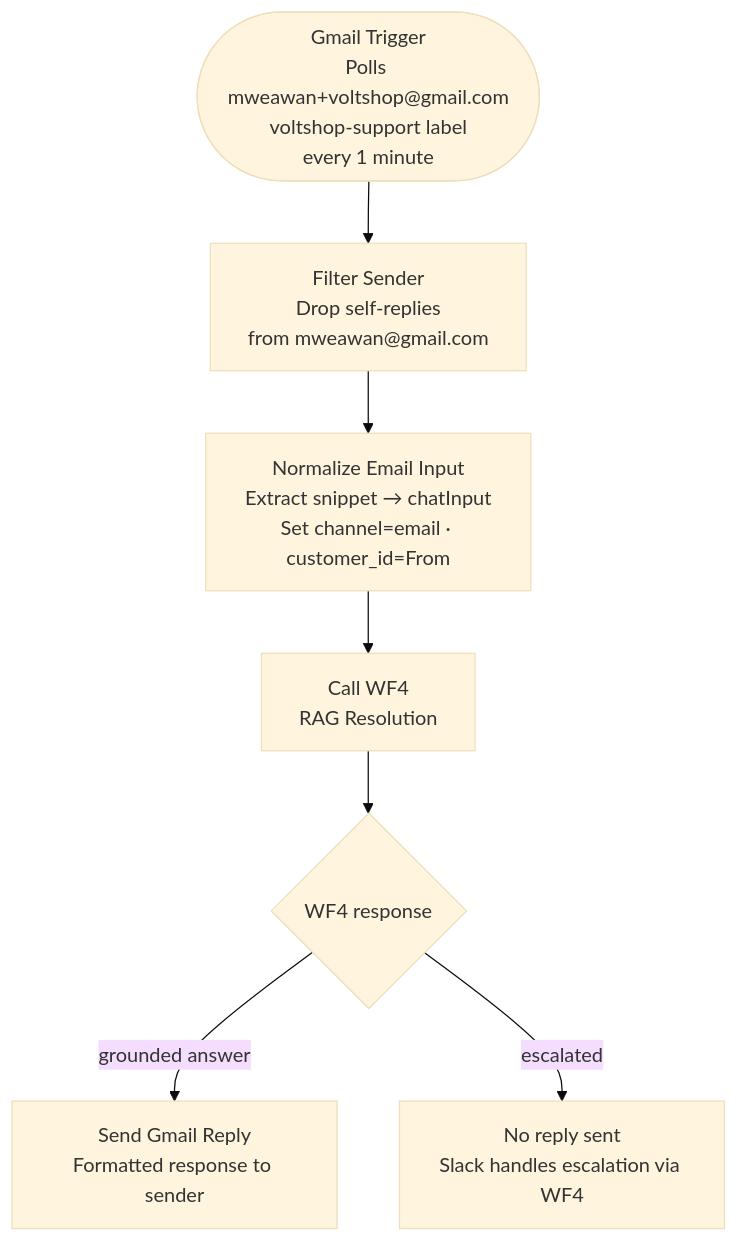
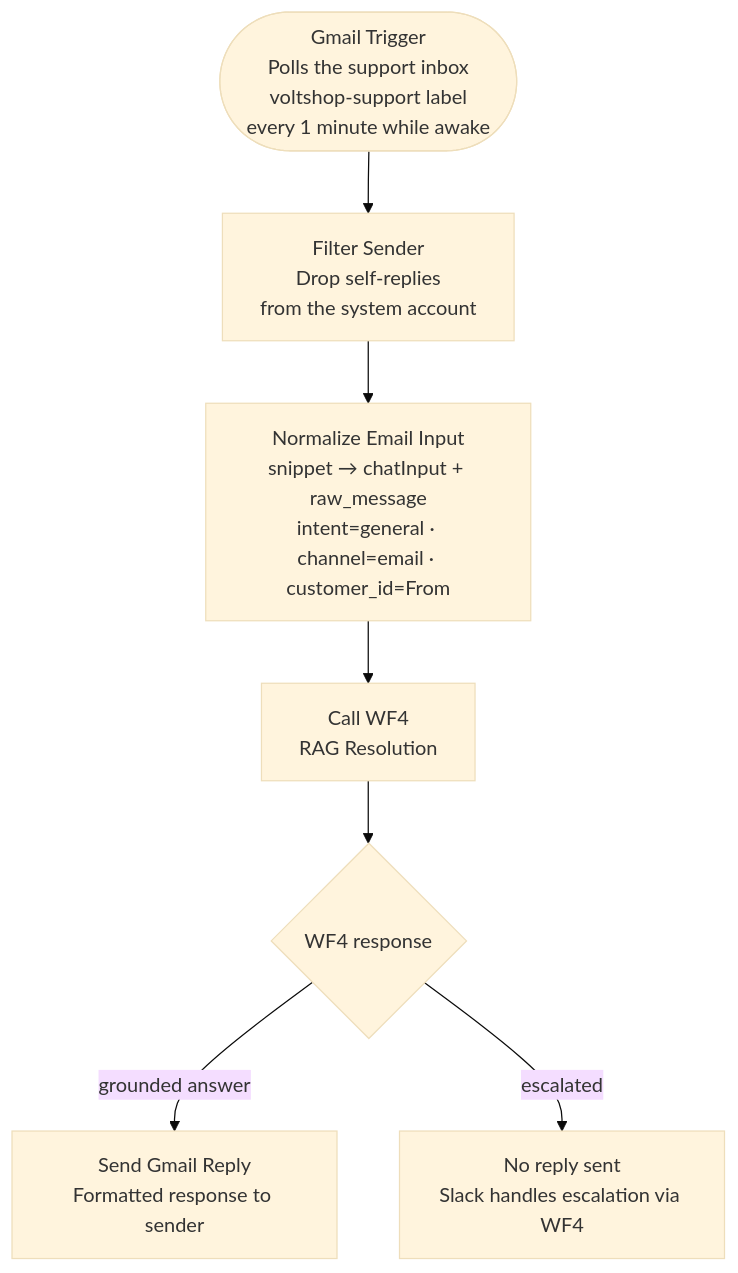
The diagram in docs/WF6_Gmail_Intake.md (ShafqaatMalik/n8n-cx-agent), drawn with Mermaid (base theme) before and after one commit. The commit also changed other lines of this file and 7 other files, not shown here.

````diff
--- a/docs/WF6_Gmail_Intake.md
+++ b/docs/WF6_Gmail_Intake.md
@@ -7,10 +7,10 @@
 ```mermaid
 flowchart TD
-    A([Gmail Trigger\nPolls mweawan+voltshop@gmail.com\nvoltshop-support label\nevery 1 minute]) --> B[Filter Sender\nDrop self-replies\nfrom mweawan@gmail.com]
-    B --> C[Normalize Email Input\nExtract snippet → chatInput\nSet channel=email · customer_id=From]
+    A([Gmail Trigger\nPolls the support inbox\nvoltshop-support label\nevery 1 minute while awake]) --> B[Filter Sender\nDrop self-replies\nfrom the system account]
+    B --> C[Normalize Email Input\nsnippet → chatInput + raw_message\nintent=general · channel=email · customer_id=From]
     C --> D[Call WF4\nRAG Resolution]
     D --> E{WF4 response}
 
     E -->|grounded answer| F[Send Gmail Reply\nFormatted response to sender]
     E -->|escalated| G[No reply sent\nSlack handles escalation via WF4]
 ```
````
